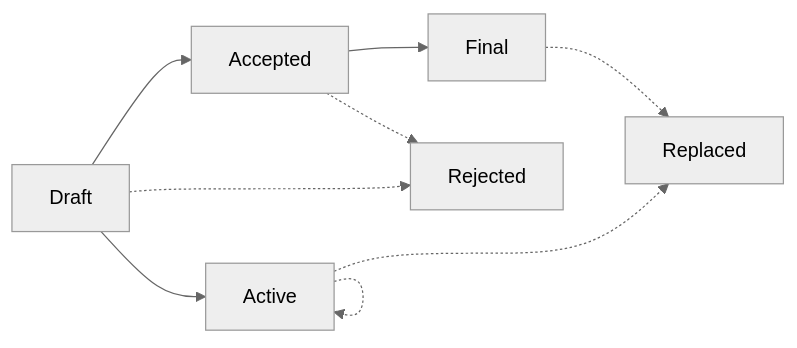
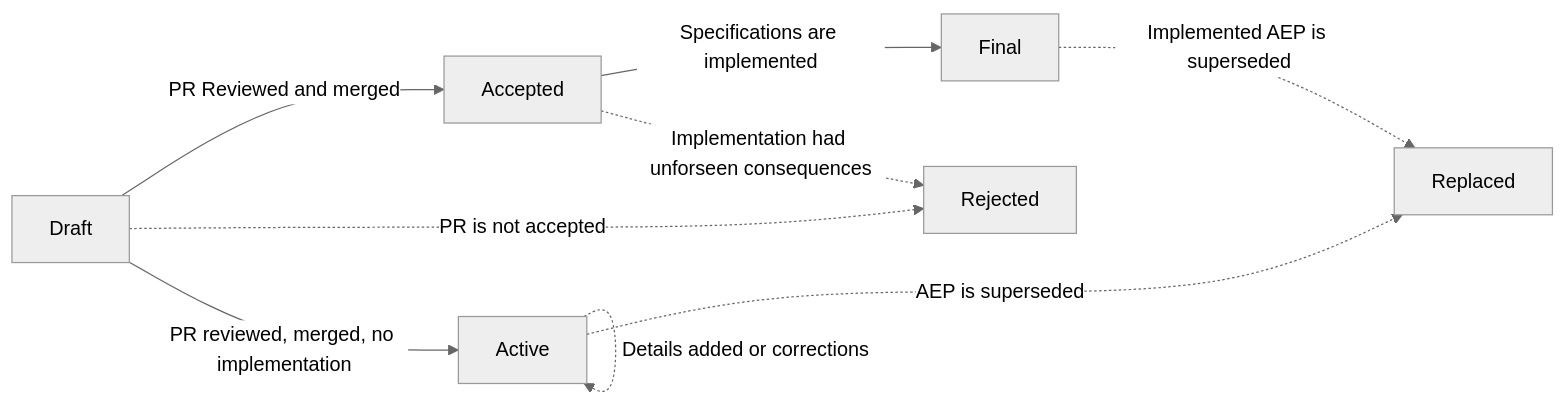
The diagram in AEP/aep-00001.md (aneoconsulting/ArmoniK.Governance), drawn with Mermaid (neutral theme) before and after one commit. The commit also changed other lines of this file, not shown here.

````diff
--- a/AEP/aep-00001.md
+++ b/AEP/aep-00001.md
@@ -50,11 +50,11 @@
 ```mermaid
 flowchart LR
-    Draft-->Accepted
-    Accepted-->Final
-    Accepted-.->Rejected
-    Draft-.->Rejected
-    Final-.->Replaced
-    Draft-->Active
-    Active-.->Replaced
-    Active-.->Active
+    Draft-- PR Reviewed and merged -->Accepted
+    Accepted-- Specifications are implemented -->Final
+    Accepted-. Implementation had unforseen consequences .->Rejected
+    Draft-. PR is not accepted .->Rejected
+    Final-. Implemented AEP is superseded .->Replaced
+    Draft-- PR reviewed, merged, no implementation -->Active
+    Active-. AEP is superseded .->Replaced
+    Active-. Details added or corrections .->Active
 ```
````
